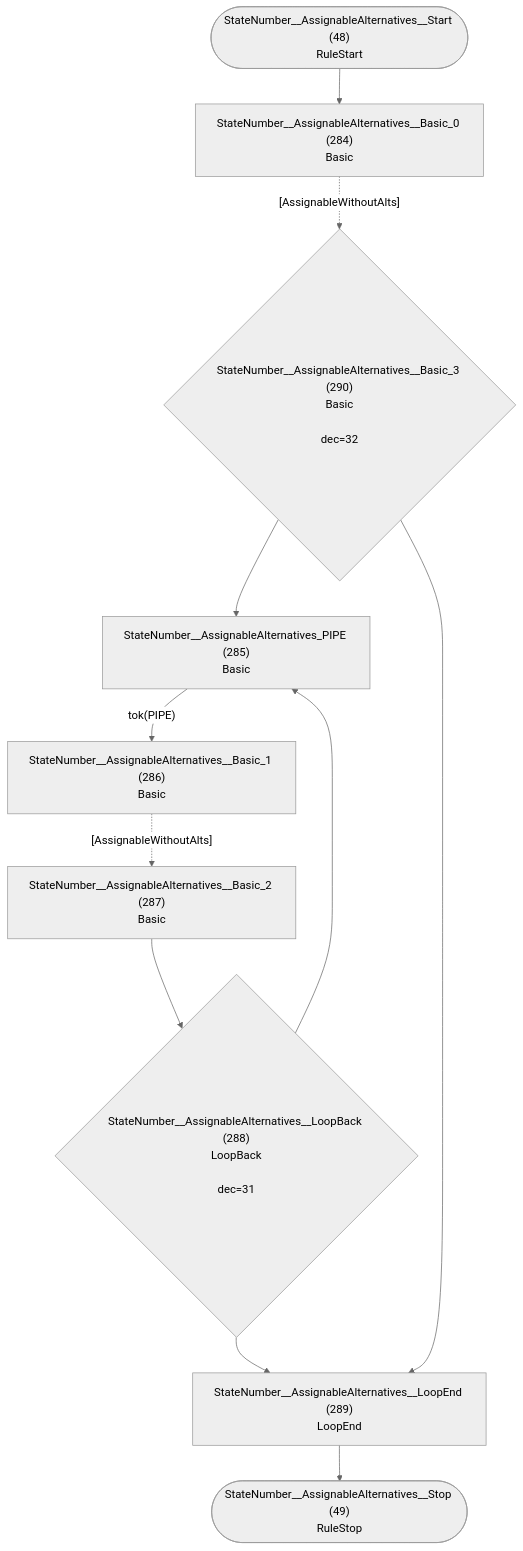
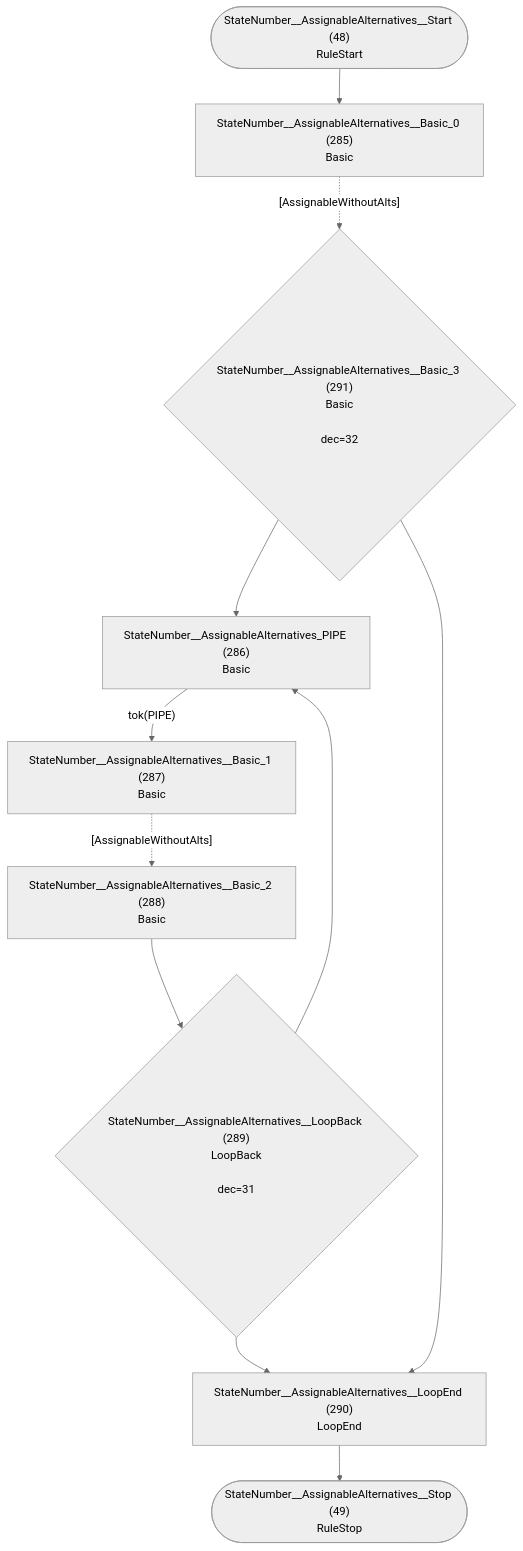
Before and after one commit to TypeFox/fastbelt: diagram 25 of 32 in internal/grammar/atn.md, drawn with Mermaid (neutral theme). The commit also changed other lines of this file and 6 other files, not shown here.

````diff
--- a/internal/grammar/atn.md
+++ b/internal/grammar/atn.md
@@ -730,23 +732,23 @@
 ```mermaid
 flowchart TD
     q48(["StateNumber__AssignableAlternatives__Start (48)<br/>RuleStart"])
     q49(["StateNumber__AssignableAlternatives__Stop (49)<br/>RuleStop"])
-    q284["StateNumber__AssignableAlternatives__Basic_0 (284)<br/>Basic<br/>"]
-    q285["StateNumber__AssignableAlternatives_PIPE (285)<br/>Basic<br/>"]
-    q286["StateNumber__AssignableAlternatives__Basic_1 (286)<br/>Basic<br/>"]
-    q287["StateNumber__AssignableAlternatives__Basic_2 (287)<br/>Basic<br/>"]
-    q288{"StateNumber__AssignableAlternatives__LoopBack (288)<br/>LoopBack<br/><br/>dec=31"}
-    q289["StateNumber__AssignableAlternatives__LoopEnd (289)<br/>LoopEnd<br/>"]
-    q290{"StateNumber__AssignableAlternatives__Basic_3 (290)<br/>Basic<br/><br/>dec=32"}
+    q285["StateNumber__AssignableAlternatives__Basic_0 (285)<br/>Basic<br/>"]
+    q286["StateNumber__AssignableAlternatives_PIPE (286)<br/>Basic<br/>"]
+    q287["StateNumber__AssignableAlternatives__Basic_1 (287)<br/>Basic<br/>"]
+    q288["StateNumber__AssignableAlternatives__Basic_2 (288)<br/>Basic<br/>"]
+    q289{"StateNumber__AssignableAlternatives__LoopBack (289)<br/>LoopBack<br/><br/>dec=31"}
+    q290["StateNumber__AssignableAlternatives__LoopEnd (290)<br/>LoopEnd<br/>"]
+    q291{"StateNumber__AssignableAlternatives__Basic_3 (291)<br/>Basic<br/><br/>dec=32"}
 
-    q48 --> q284
-    q284 -.->|"[AssignableWithoutAlts]"| q290
-    q285 -->|"tok(PIPE)"| q286
-    q286 -.->|"[AssignableWithoutAlts]"| q287
-    q287 --> q288
-    q288 --> q285
+    q48 --> q285
+    q285 -.->|"[AssignableWithoutAlts]"| q291
+    q286 -->|"tok(PIPE)"| q287
+    q287 -.->|"[AssignableWithoutAlts]"| q288
     q288 --> q289
-    q289 --> q49
-    q290 --> q285
-    q290 --> q289
+    q289 --> q286
+    q289 --> q290
+    q290 --> q49
+    q291 --> q286
+    q291 --> q290
 ```
````
